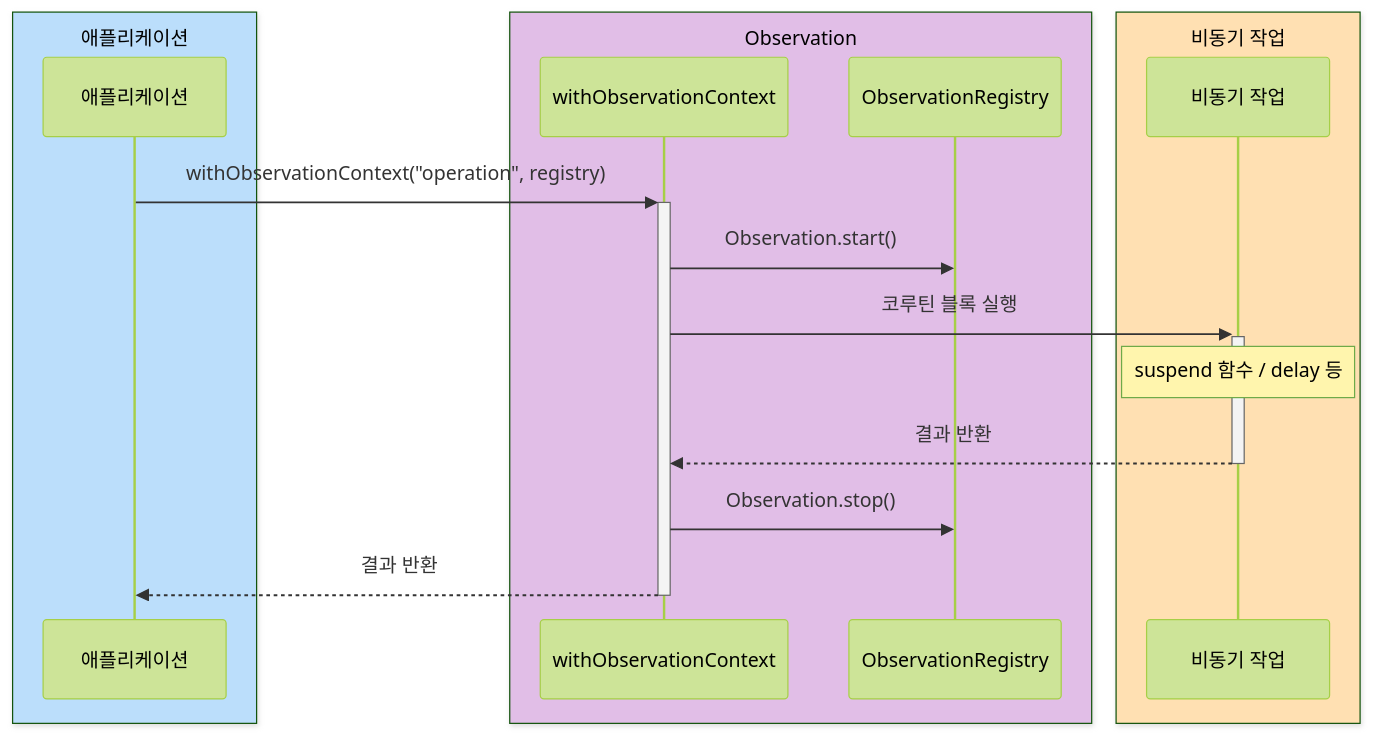
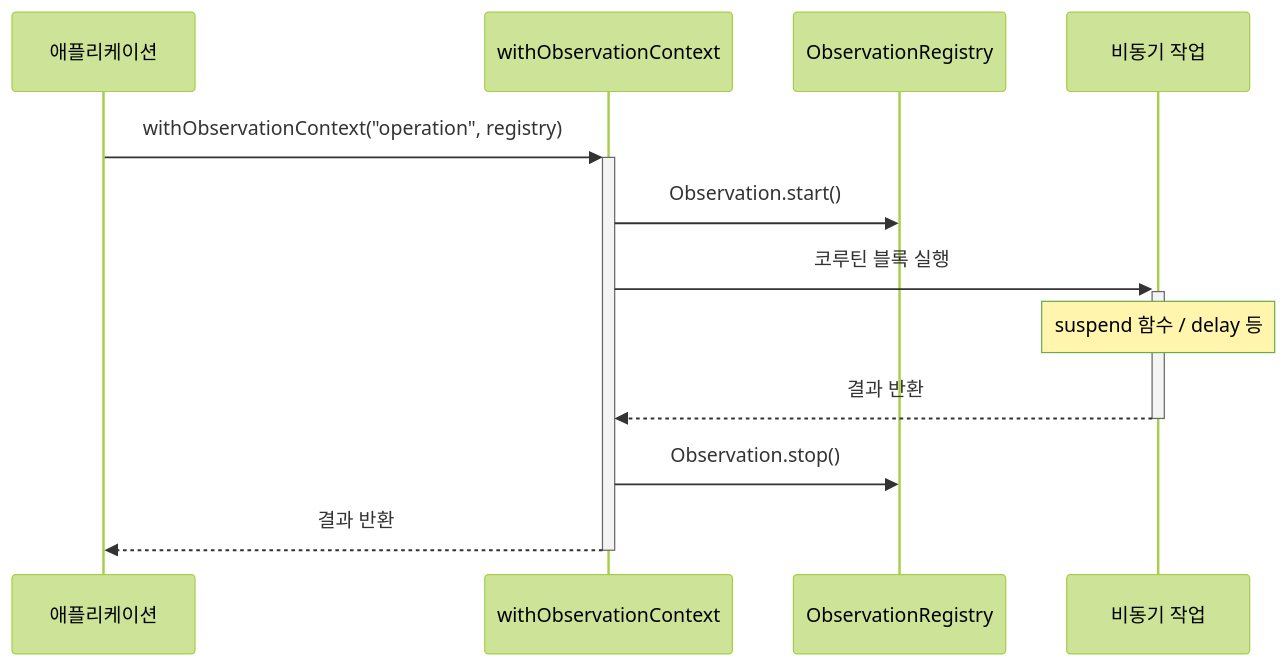
One commit to bluetape4k/bluetape4k-projects changed the fourth of 4 diagrams in infra/micrometer/README.ko.md. Above: the diagram before and after it, drawn with Mermaid (forest theme). The commit also changed other lines of this file and 219 other files, not shown here.

First line of the commit message:
docs: 전체 README Mermaid 다이어그램 가이드 적용

````diff
--- a/infra/micrometer/README.ko.md
+++ b/infra/micrometer/README.ko.md
@@ -360,21 +352,15 @@
 ```mermaid
 sequenceDiagram
-    box rgb(187,222,251) 애플리케이션
     participant App as 애플리케이션
-    end
-    box rgb(225,190,231) Observation
     participant Obs as withObservationContext
     participant Registry as ObservationRegistry
-    end
-    box rgb(255,224,178) 비동기 작업
     participant Work as 비동기 작업
-    end
 
     App->>+Obs: withObservationContext("operation", registry)
     Obs->>Registry: Observation.start()
     Obs->>+Work: 코루틴 블록 실행
     Note over Work: suspend 함수 / delay 등
     Work-->>-Obs: 결과 반환
     Obs->>Registry: Observation.stop()
     Obs-->>-App: 결과 반환
 ```
````
